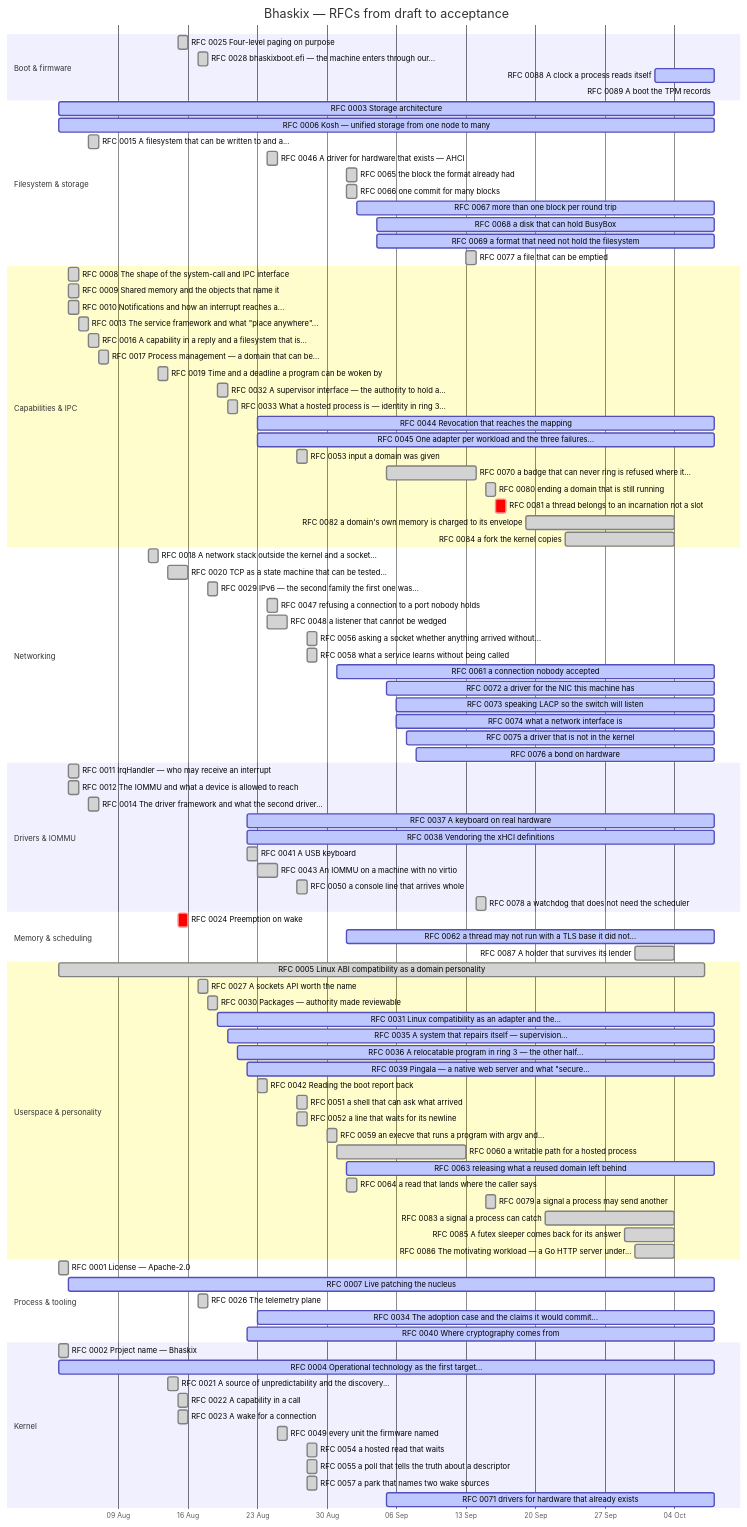
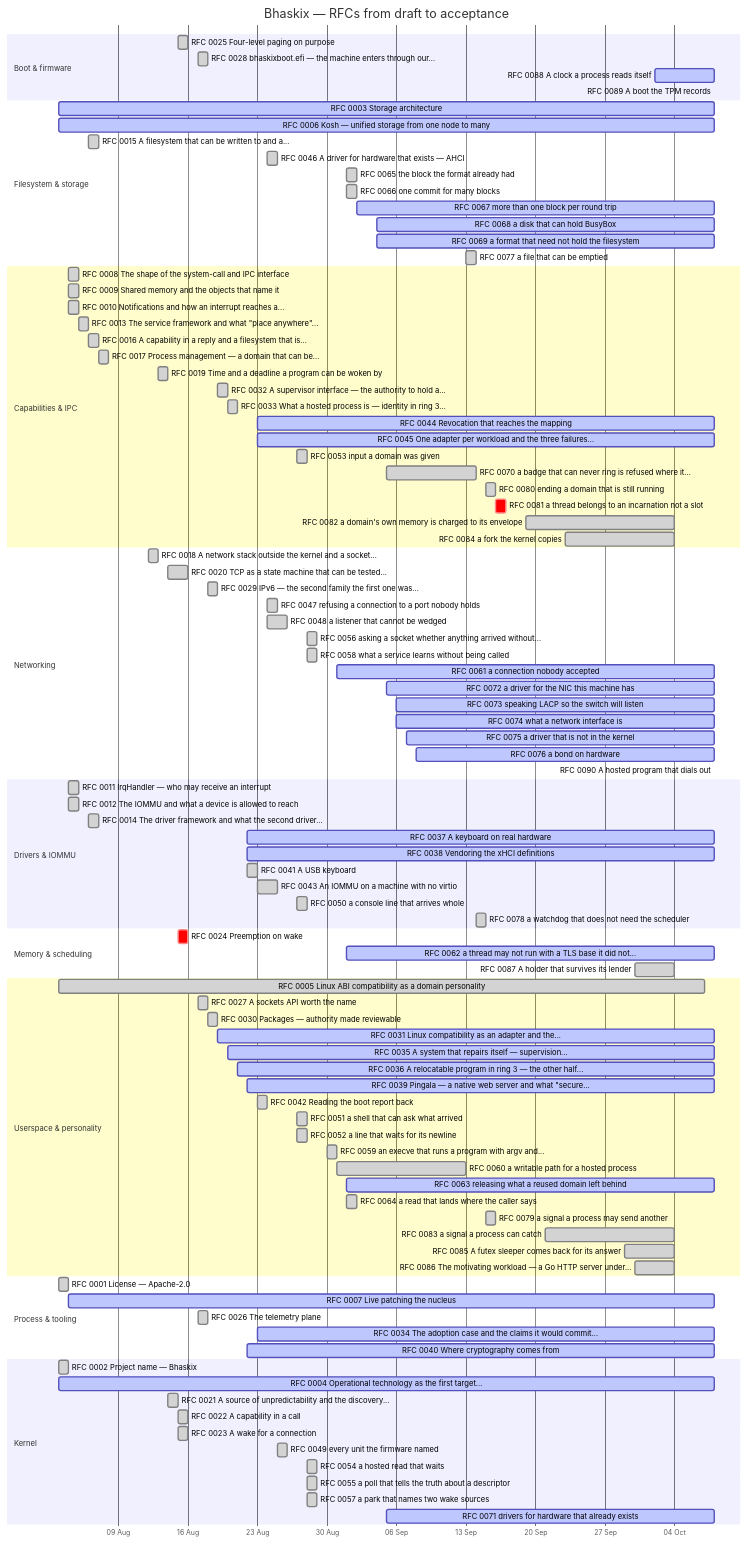
One commit to bhaskix/bhaskix changed the diagram in docs/progress.md. Above: the diagram before and after it, drawn with Mermaid. The commit also changed other lines of this file and 2 other files, not shown here.

```diff
--- a/docs/progress.md
+++ b/docs/progress.md
@@ -75,6 +75,7 @@
     RFC 0074 what a network interface is :active, r0074, 2026-09-06, 2026-10-08
     RFC 0075 a driver that is not in the kernel :active, r0075, 2026-09-07, 2026-10-08
     RFC 0076 a bond on hardware :active, r0076, 2026-09-08, 2026-10-08
+    RFC 0090 A hosted program that dials out :active, r0090, 2026-10-08, 2026-10-08
     section Drivers & IOMMU
     RFC 0011 IrqHandler — who may receive an interrupt :done, r0011, 2026-08-04, 1d
     RFC 0012 The IOMMU and what a device is allowed to reach :done, r0012, 2026-08-04, 1d
```
